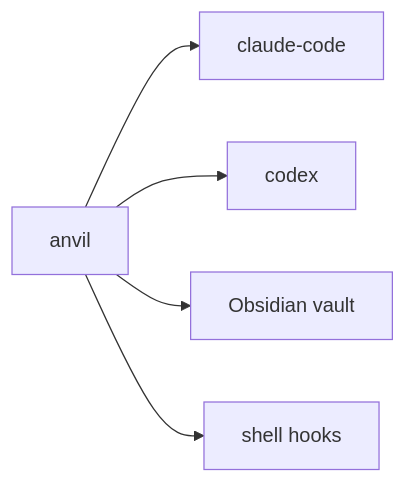
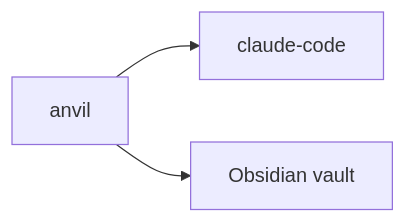
One commit to chonalchendo/anvil changed the second of 2 diagrams in anvil/skills/writing-system-design/references/phases.md. Above: the diagram before and after it, drawn with Mermaid. The commit also changed other lines of this file and 3 other files, not shown here.

````diff
--- a/anvil/skills/writing-system-design/references/phases.md
+++ b/anvil/skills/writing-system-design/references/phases.md
@@ -68,7 +59,5 @@
 ```mermaid
 graph LR
     Anvil[anvil] --> ClaudeCLI[claude-code]
-    Anvil --> CodexCLI[codex]
     Anvil --> Vault[Obsidian vault]
-    Anvil --> Hooks[shell hooks]
 ```
````
